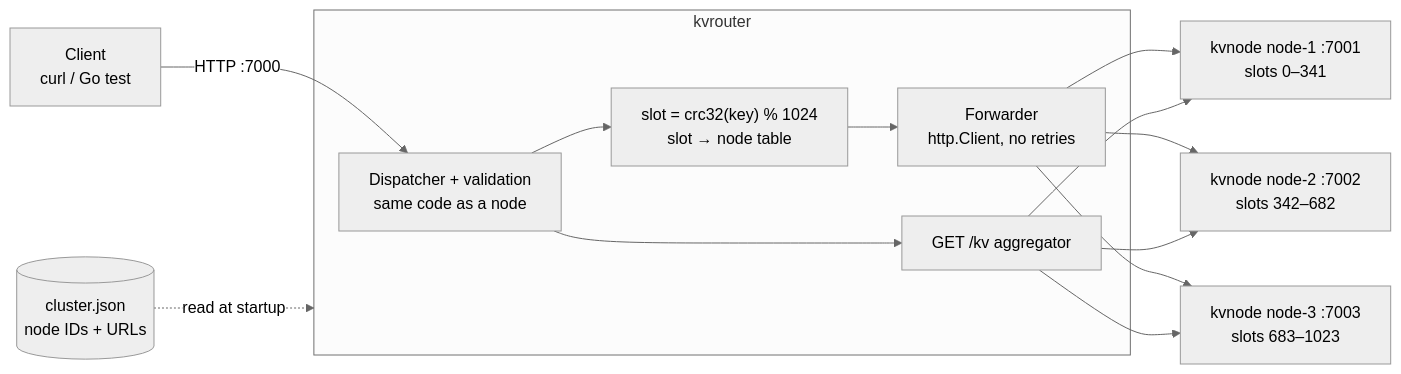
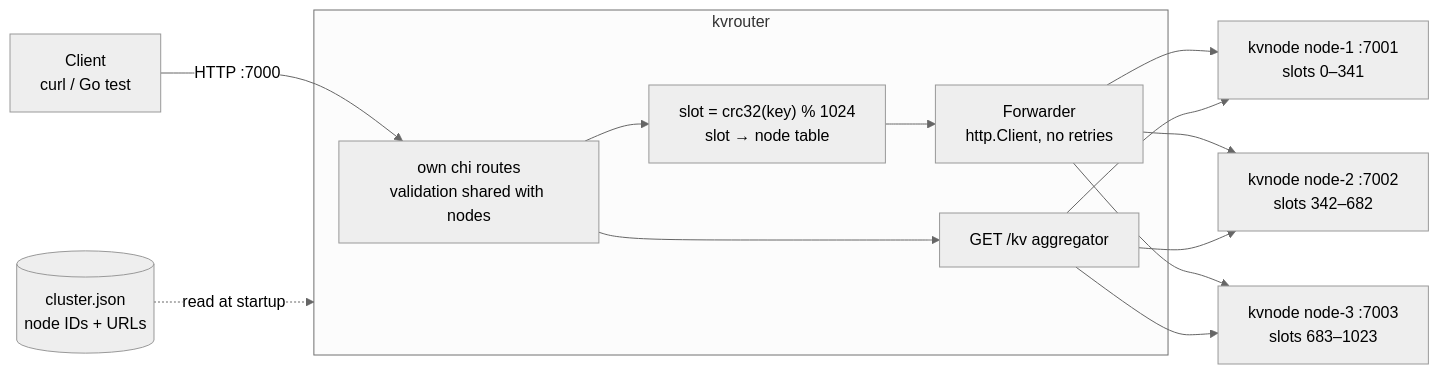
One commit to akaradat/kv-store changed the first of 5 diagrams in docs/requirements/key-store-value-multi-node/solution.md. Above: the diagram before and after it, drawn with Mermaid (neutral theme). The commit also changed other lines of this file and 69 other files, not shown here.

````diff
--- a/docs/requirements/key-store-value-multi-node/solution.md
+++ b/docs/requirements/key-store-value-multi-node/solution.md
@@ -19,19 +19,19 @@
 ```mermaid
 flowchart LR
     C[Client<br/>curl / Go test] -->|"HTTP :7000"| R
 
     subgraph RT[kvrouter]
-        R[Dispatcher + validation<br/>same code as a node] --> SL["slot = crc32(key) % 1024<br/>slot → node table"]
+        R[own chi routes<br/>validation shared with nodes] --> SL["slot = crc32(key) % 1024<br/>slot → node table"]
         SL --> FW[Forwarder<br/>http.Client, no retries]
         R --> AG[GET /kv aggregator]
     end
 
     CFG[(cluster.json<br/>node IDs + URLs)] -.->|read at startup| RT
 
     FW --> N1["kvnode node-1 :7001<br/>slots 0–341"]
     FW --> N2["kvnode node-2 :7002<br/>slots 342–682"]
     FW --> N3["kvnode node-3 :7003<br/>slots 683–1023"]
     AG --> N1
     AG --> N2
     AG --> N3
 ```
````
